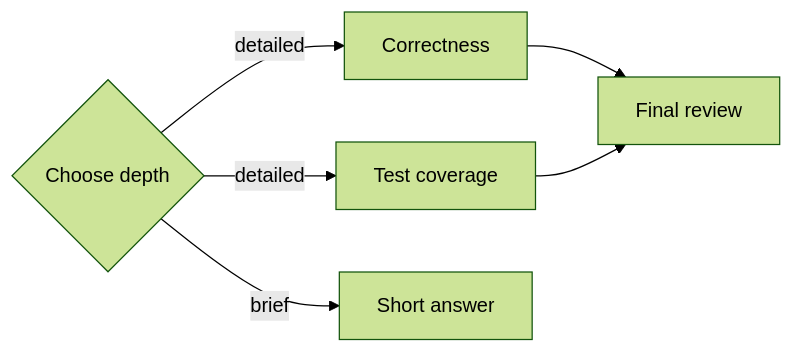
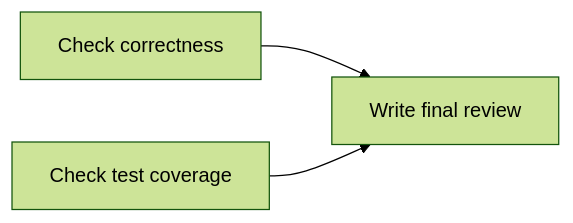
One commit to Epsirom/braid changed the diagram in README.md. Above: the diagram before and after it, drawn with Mermaid (forest theme). The commit also changed other lines of this file and 1 other file, not shown here.

````diff
--- a/README.md
+++ b/README.md
@@ -69,8 +19,5 @@
 ```mermaid
 flowchart LR
-    route{Choose depth} -->|detailed| correctness[Correctness]
-    route -->|detailed| tests[Test coverage]
-    correctness --> review[Final review]
-    tests --> review
-    route -->|brief| brief[Short answer]
+    correctness[Check correctness] --> review[Write final review]
+    tests[Check test coverage] --> review
 ```
````
